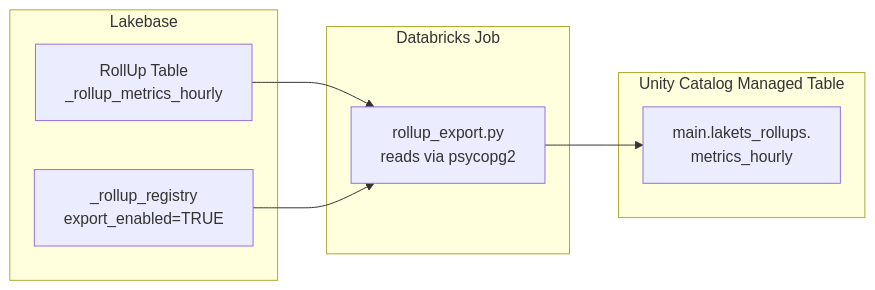
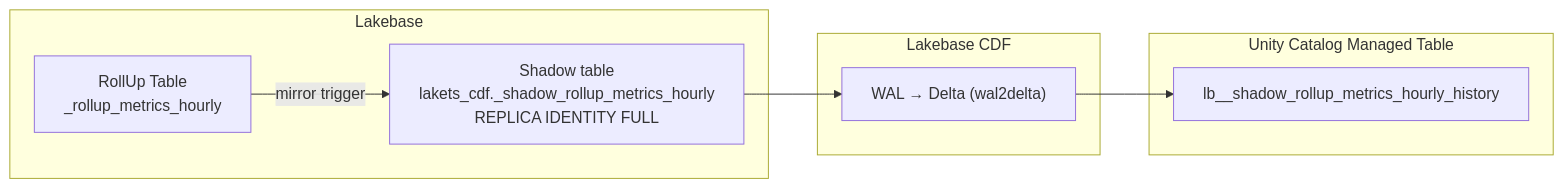
One commit to databricks-solutions/lakets changed the fourth of 5 diagrams in website/docs/guides/how-it-works/rollups.md. Above: the diagram before and after it, drawn with Mermaid. The commit also changed other lines of this file and 12 other files, not shown here.

Commit message:
docs(uc): document RollUp CDF sync; remove Path B export docs

````diff
--- a/website/docs/guides/how-it-works/rollups.md
+++ b/website/docs/guides/how-it-works/rollups.md
@@ -271,19 +271,19 @@
 ```mermaid
 flowchart LR
     subgraph LAKEBASE["Lakebase"]
         RT["RollUp Table<br/>_rollup_metrics_hourly"]
-        REG["_rollup_registry<br/>export_enabled=TRUE"]
+        SH["Shadow table<br/>lakets_cdf._shadow_rollup_metrics_hourly<br/>REPLICA IDENTITY FULL"]
     end
 
-    subgraph JOB["Databricks Job"]
-        EXP["rollup_export.py<br/>reads via psycopg2"]
+    subgraph CDF["Lakebase CDF"]
+        CDC["WAL → Delta (wal2delta)"]
     end
 
     subgraph UC["Unity Catalog Managed Table"]
-        DT["main.lakets_rollups.<br/>metrics_hourly"]
+        DT["lb__shadow_rollup_metrics_hourly_history"]
     end
 
-    RT --> EXP
-    REG --> EXP
-    EXP --> DT
+    RT -- "mirror trigger" --> SH
+    SH --> CDC
+    CDC --> DT
 ```
````
